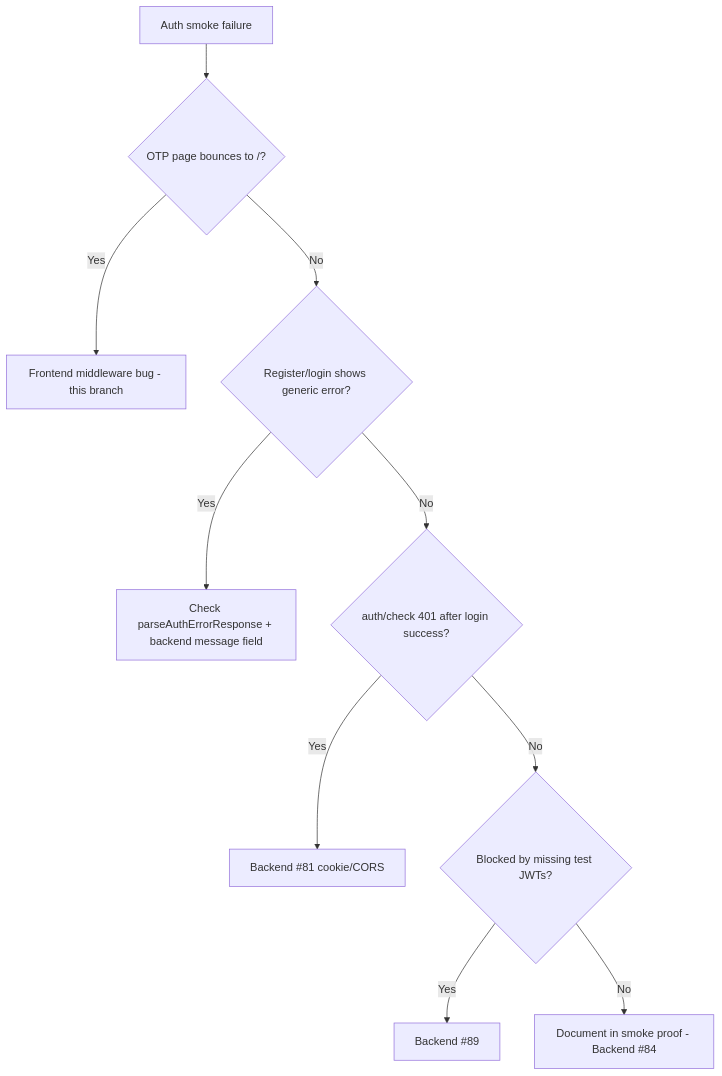
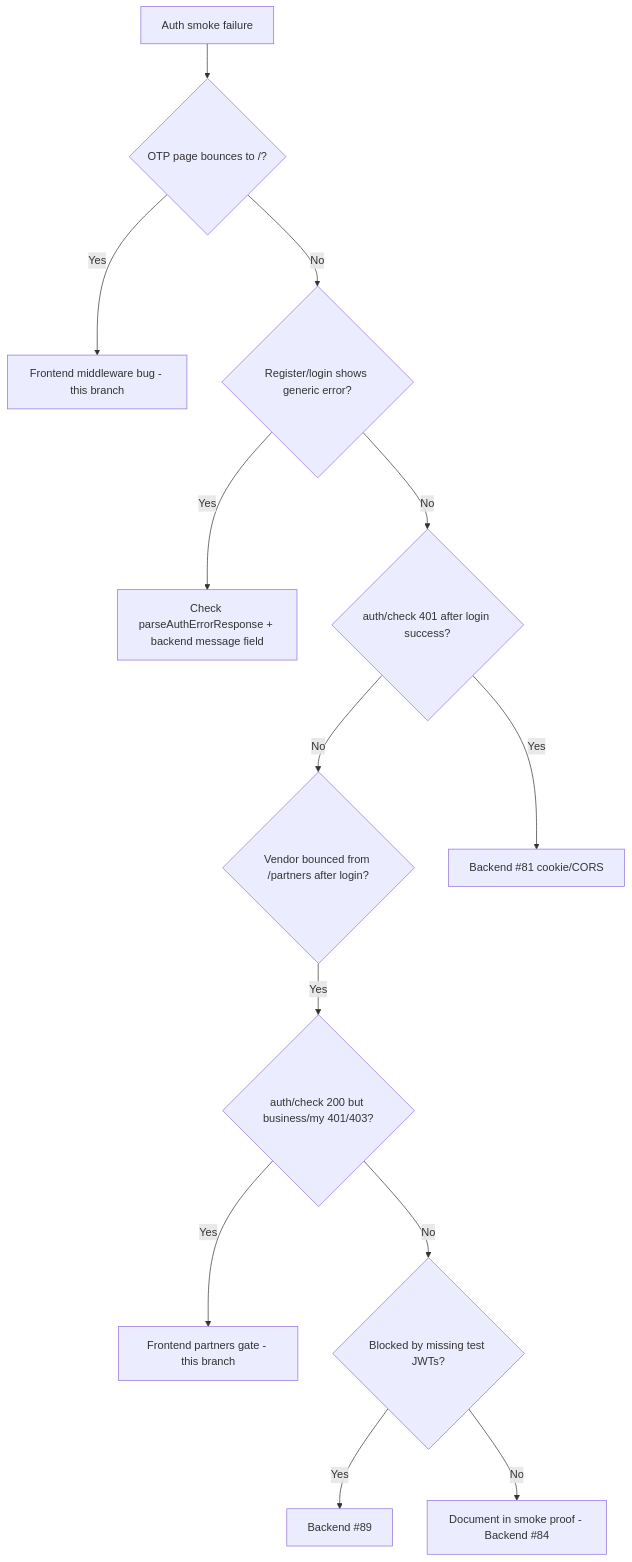
One commit to DeveloperTWH/mosaic-biz-frontend changed the diagram in docs/FRONTEND_AUTH_TEST_ACCOUNT_SMOKE.md. Above: the diagram before and after it, drawn with Mermaid. The commit also changed other lines of this file and 4 other files, not shown here.

First line of the commit message:
fix: stop vendor login bounce after OTP verification

````diff
--- a/docs/FRONTEND_AUTH_TEST_ACCOUNT_SMOKE.md
+++ b/docs/FRONTEND_AUTH_TEST_ACCOUNT_SMOKE.md
@@ -113,12 +190,15 @@
 ```mermaid
 flowchart TD
   A[Auth smoke failure] --> B{OTP page bounces to /?}
   B -->|Yes| C[Frontend middleware bug - this branch]
   B -->|No| D{Register/login shows generic error?}
   D -->|Yes| E[Check parseAuthErrorResponse + backend message field]
   D -->|No| F{auth/check 401 after login success?}
+  F -->|No| K{Vendor bounced from /partners after login?}
+  K -->|Yes| L{auth/check 200 but business/my 401/403?}
+  L -->|Yes| M[Frontend partners gate - this branch]
+  L -->|No| H{Blocked by missing test JWTs?}
   F -->|Yes| G[Backend #81 cookie/CORS]
-  F -->|No| H{Blocked by missing test JWTs?}
   H -->|Yes| I[Backend #89]
   H -->|No| J[Document in smoke proof - Backend #84]
 ```
````
